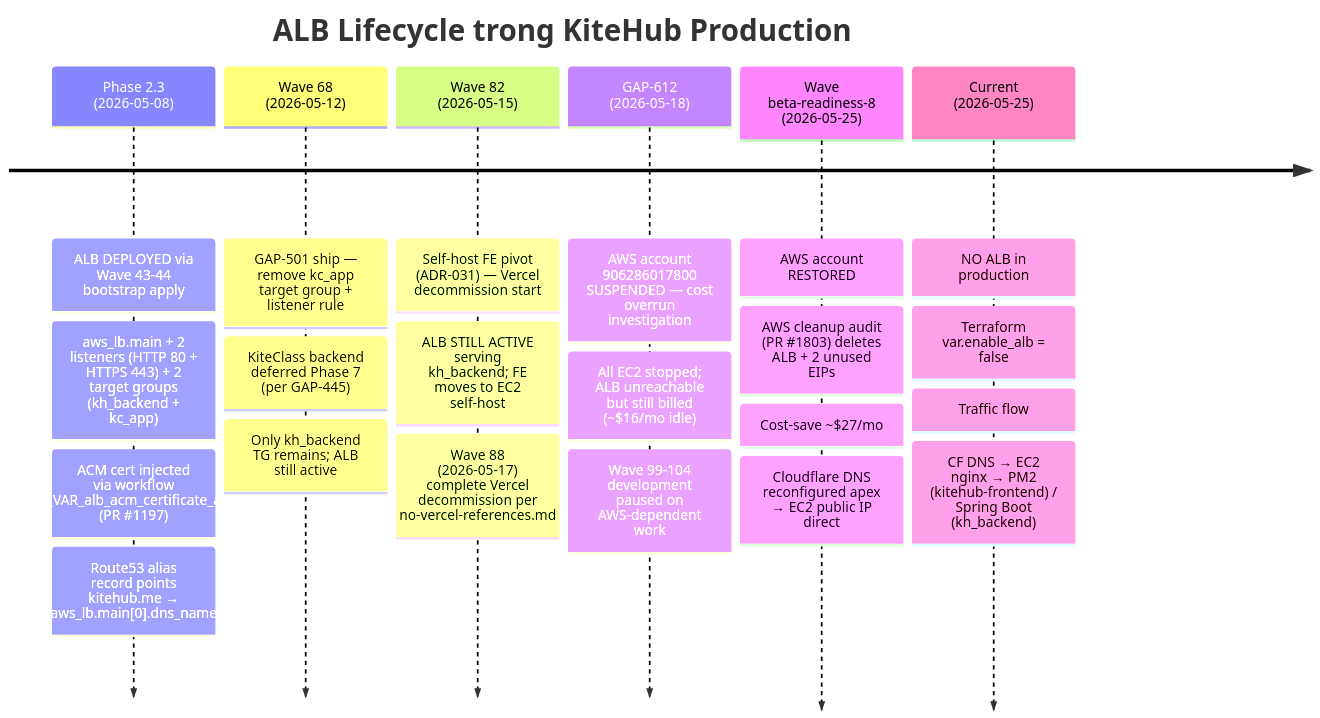
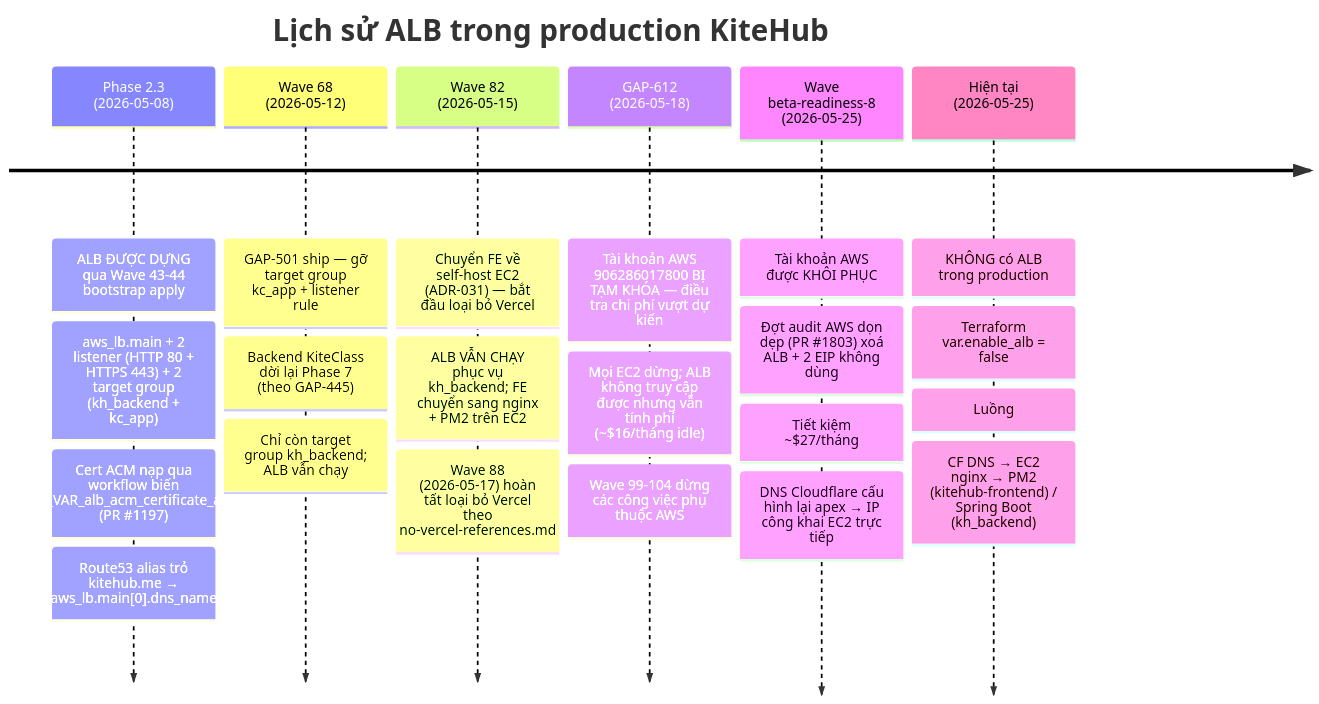
Before and after one commit to VictorAurelius/2026-Kite-Class-Platform: the first of 3 diagrams in documents/02-architecture/alb-architecture.md, drawn with Mermaid. The commit also changed other lines of this file and 1 other file, not shown here.

First line of the commit message:
docs(architecture): ALB report — Vietnamese narrative refresh per dev feedback

````diff
--- a/documents/02-architecture/alb-architecture.md
+++ b/documents/02-architecture/alb-architecture.md
@@ -33,24 +33,24 @@
 ```mermaid
 timeline
-    title ALB Lifecycle trong KiteHub Production
-    Phase 2.3 (2026-05-08) : ALB DEPLOYED via Wave 43-44 bootstrap apply
-                            : aws_lb.main + 2 listeners (HTTP 80 + HTTPS 443) + 2 target groups (kh_backend + kc_app)
-                            : ACM cert injected via workflow TF_VAR_alb_acm_certificate_arn (PR #1197)
-                            : Route53 alias record points kitehub.me → aws_lb.main[0].dns_name
-    Wave 68 (2026-05-12) : GAP-501 ship — remove kc_app target group + listener rule
-                          : KiteClass backend deferred Phase 7 (per GAP-445)
-                          : Only kh_backend TG remains; ALB still active
-    Wave 82 (2026-05-15) : Self-host FE pivot (ADR-031) — Vercel decommission start
-                          : ALB STILL ACTIVE serving kh_backend; FE moves to EC2 self-host
-                          : Wave 88 (2026-05-17) complete Vercel decommission per no-vercel-references.md
-    GAP-612 (2026-05-18) : AWS account 906286017800 SUSPENDED — cost overrun investigation
-                         : All EC2 stopped; ALB unreachable but still billed (~$16/mo idle)
-                         : Wave 99-104 development paused on AWS-dependent work
-    Wave beta-readiness-8 (2026-05-25) : AWS account RESTORED
-                                        : AWS cleanup audit (PR #1803) deletes ALB + 2 unused EIPs
-                                        : Cost-save ~$27/mo
-                                        : Cloudflare DNS reconfigured apex → EC2 public IP direct
-    Current (2026-05-25) : NO ALB in production
-                          : Terraform var.enable_alb = false
-                          : Traffic flow: CF DNS → EC2 nginx → PM2 (kitehub-frontend) / Spring Boot (kh_backend)
+    title Lịch sử ALB trong production KiteHub
+    Phase 2.3 (2026-05-08) : ALB ĐƯỢC DỰNG qua Wave 43-44 bootstrap apply
+                            : aws_lb.main + 2 listener (HTTP 80 + HTTPS 443) + 2 target group (kh_backend + kc_app)
+                            : Cert ACM nạp qua workflow biến TF_VAR_alb_acm_certificate_arn (PR #1197)
+                            : Route53 alias trỏ kitehub.me → aws_lb.main[0].dns_name
+    Wave 68 (2026-05-12) : GAP-501 ship — gỡ target group kc_app + listener rule
+                          : Backend KiteClass dời lại Phase 7 (theo GAP-445)
+                          : Chỉ còn target group kh_backend; ALB vẫn chạy
+    Wave 82 (2026-05-15) : Chuyển FE về self-host EC2 (ADR-031) — bắt đầu loại bỏ Vercel
+                          : ALB VẪN CHẠY phục vụ kh_backend; FE chuyển sang nginx + PM2 trên EC2
+                          : Wave 88 (2026-05-17) hoàn tất loại bỏ Vercel theo no-vercel-references.md
+    GAP-612 (2026-05-18) : Tài khoản AWS 906286017800 BỊ TẠM KHÓA — điều tra chi phí vượt dự kiến
+                         : Mọi EC2 dừng; ALB không truy cập được nhưng vẫn tính phí (~$16/tháng idle)
+                         : Wave 99-104 dừng các công việc phụ thuộc AWS
+    Wave beta-readiness-8 (2026-05-25) : Tài khoản AWS được KHÔI PHỤC
+                                        : Đợt audit AWS dọn dẹp (PR #1803) xoá ALB + 2 EIP không dùng
+                                        : Tiết kiệm ~$27/tháng
+                                        : DNS Cloudflare cấu hình lại apex → IP công khai EC2 trực tiếp
+    Hiện tại (2026-05-25) : KHÔNG có ALB trong production
+                           : Terraform var.enable_alb = false
+                           : Luồng: CF DNS → EC2 nginx → PM2 (kitehub-frontend) / Spring Boot (kh_backend)
 ```
````
